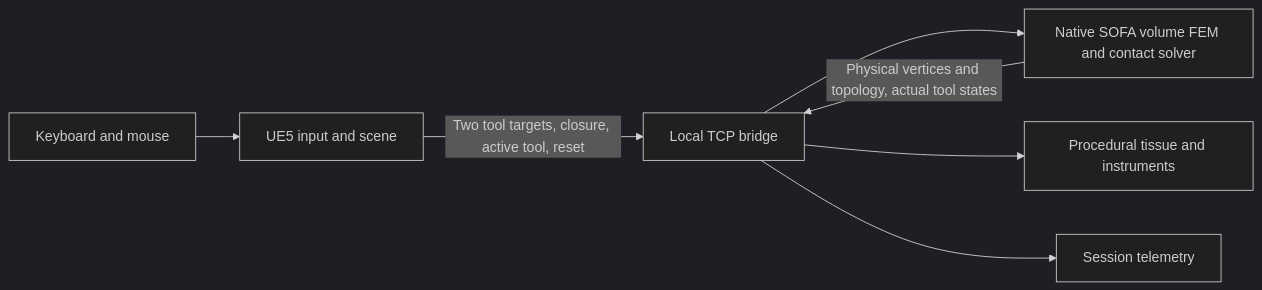
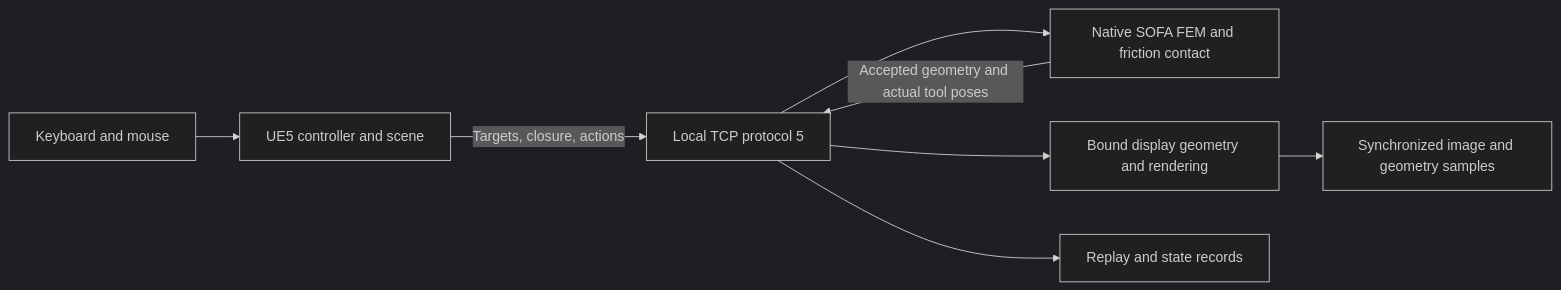
Before and after one commit to avalon-lune/EndoForge: the diagram in README.md, drawn with Mermaid (dark theme). The commit also changed other lines of this file and 254 other files, not shown here.

````diff
--- a/README.md
+++ b/README.md
@@ -30,9 +88,10 @@
 ```mermaid
 flowchart LR
-    Input[Keyboard and mouse] --> UE[UE5 input and scene]
-    UE -->|Two tool targets, closure, active tool, reset| Bridge[Local TCP bridge]
-    Bridge --> SOFA[Native SOFA volume FEM and contact solver]
-    SOFA -->|Physical vertices and topology, actual tool states| Bridge
-    Bridge --> View[Procedural tissue and instruments]
-    Bridge --> Log[Session telemetry]
+    Input[Keyboard and mouse] --> UE[UE5 controller and scene]
+    UE -->|Targets, closure, actions| TCP[Local TCP protocol 5]
+    TCP --> SOFA[Native SOFA FEM and friction contact]
+    SOFA -->|Accepted geometry and actual tool poses| TCP
+    TCP --> Render[Bound display geometry and rendering]
+    TCP --> Record[Replay and state records]
+    Render --> Export[Synchronized image and geometry samples]
 ```
````
